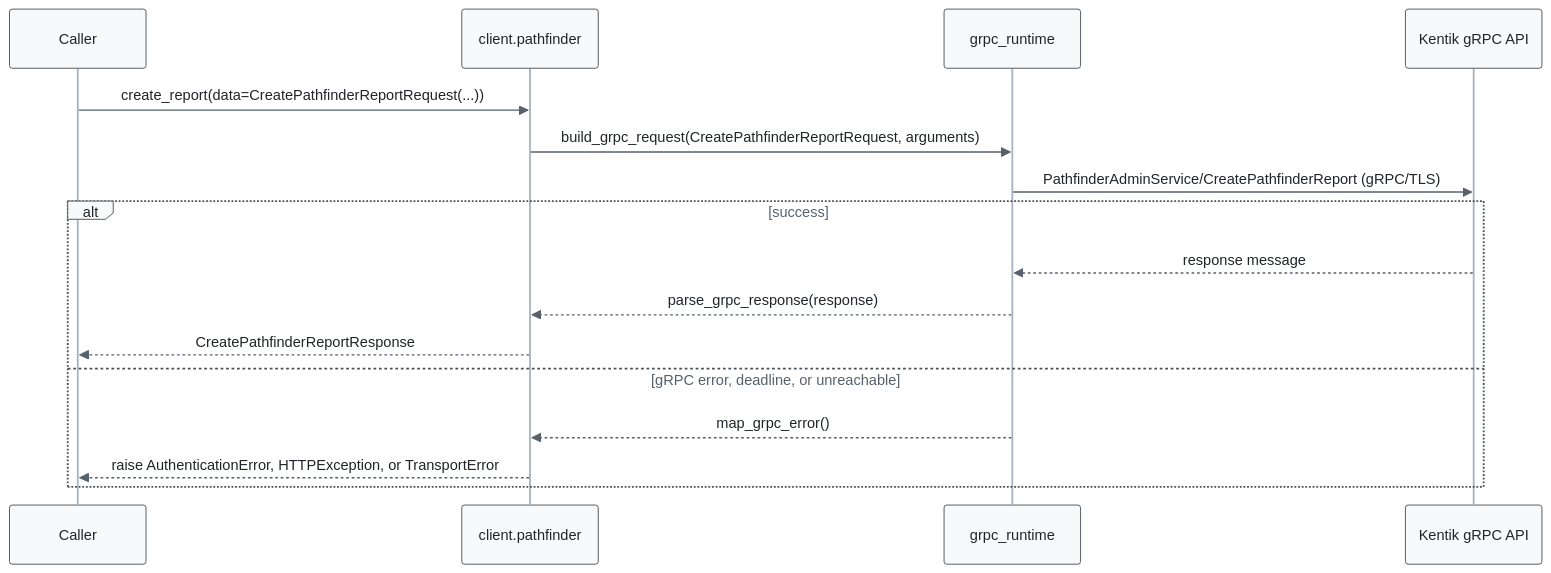
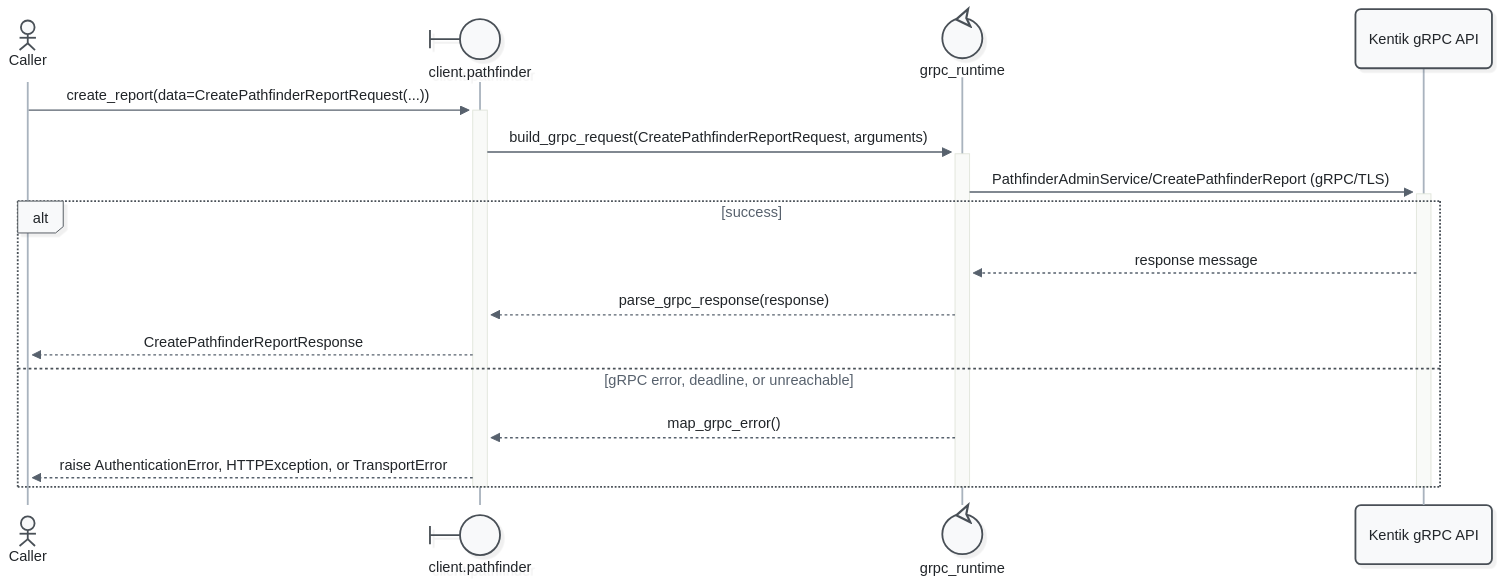
Before and after one commit to alexdearaujo/community_sdk_python: the second of 3 diagrams in docs/sphinx/services/pathfinder.md, drawn with Mermaid. The commit also changed other lines of this file and 52 other files, not shown here.

First line of the commit message:
docs: Mermaid 12 sequence diagrams with participant types and path colors

````diff
--- a/docs/sphinx/services/pathfinder.md
+++ b/docs/sphinx/services/pathfinder.md
@@ -55,20 +57,23 @@
 ```mermaid
-%%{init: {"theme": "base", "fontFamily": "ui-monospace, SFMono-Regular, Menlo, monospace", "themeVariables": {"fontFamily": "ui-monospace, SFMono-Regular, Menlo, monospace", "primaryColor": "#f8f9fa", "primaryBorderColor": "#495057", "primaryTextColor": "#212529", "textColor": "#212529", "lineColor": "#77818c", "edgeLabelBackground": "#ffffff", "actorBkg": "#f8f9fa", "actorBorder": "#495057", "actorTextColor": "#212529", "actorLineColor": "#a9b3be", "signalColor": "#57616d", "signalTextColor": "#212529", "labelBoxBkgColor": "#f8f9fa", "labelBoxBorderColor": "#495057", "labelTextColor": "#212529", "loopTextColor": "#57616d", "noteBkgColor": "#fff9db", "noteBorderColor": "#f08c00", "noteTextColor": "#a35a00"}, "flowchart": {"curve": "step", "nodeSpacing": 30, "rankSpacing": 70, "wrappingWidth": 400}}}%%
+%%{init: {"theme": "redux", "look": "neo", "layout": "dagre", "fontFamily": "ui-monospace, SFMono-Regular, Menlo, monospace", "themeVariables": {"fontFamily": "ui-monospace, SFMono-Regular, Menlo, monospace", "primaryColor": "#f8f9fa", "primaryBorderColor": "#495057", "primaryTextColor": "#212529", "textColor": "#212529", "lineColor": "#77818c", "edgeLabelBackground": "#ffffff", "actorBkg": "#f8f9fa", "actorBorder": "#495057", "actorTextColor": "#212529", "actorLineColor": "#a9b3be", "signalColor": "#57616d", "signalTextColor": "#212529", "labelBoxBkgColor": "#f8f9fa", "labelBoxBorderColor": "#495057", "labelTextColor": "#212529", "loopTextColor": "#57616d", "noteBkgColor": "#fff9db", "noteBorderColor": "#f08c00", "noteTextColor": "#a35a00"}, "sequence": {"activationWidth": 16}, "flowchart": {"curve": "step", "nodeSpacing": 30, "rankSpacing": 70, "wrappingWidth": 400}}}%%
 sequenceDiagram
-    participant C as Caller
-    participant W as client.pathfinder
-    participant R as grpc_runtime
+    actor C as Caller
+    participant W@{ "type": "boundary" } as client.pathfinder
+    participant R@{ "type": "control" } as grpc_runtime
     participant API as Kentik gRPC API
 
-    C->>W: create_report(data=CreatePathfinderReportRequest(...))
-    W->>R: build_grpc_request(CreatePathfinderReportRequest, arguments)
-    R->>API: PathfinderAdminService/CreatePathfinderReport (gRPC/TLS)
+    C->>+W: create_report(data=CreatePathfinderReportRequest(...))
+    W->>+R: build_grpc_request(CreatePathfinderReportRequest, arguments)
+    R->>+API: PathfinderAdminService/CreatePathfinderReport (gRPC/TLS)
     alt success
         API-->>R: response message
         R-->>W: parse_grpc_response(response)
         W-->>C: CreatePathfinderReportResponse
     else gRPC error, deadline, or unreachable
         R-->>W: map_grpc_error()
         W-->>C: raise AuthenticationError, HTTPException, or TransportError
     end
+    deactivate API
+    deactivate R
+    deactivate W
 ```
````
